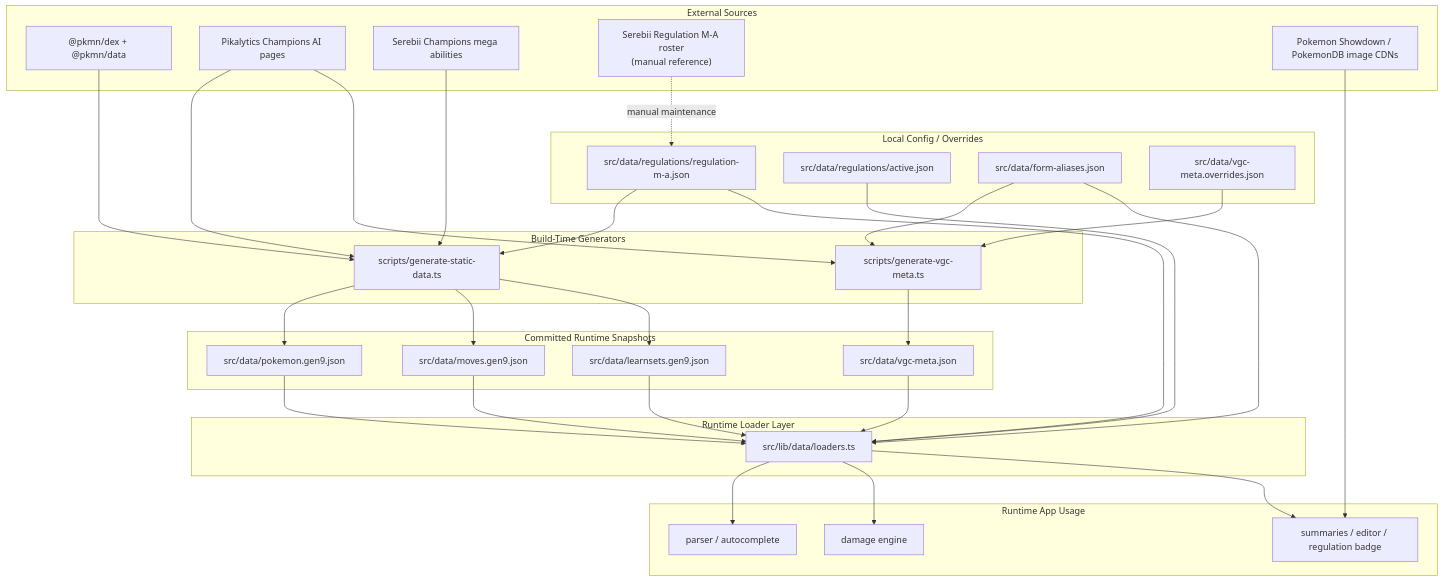
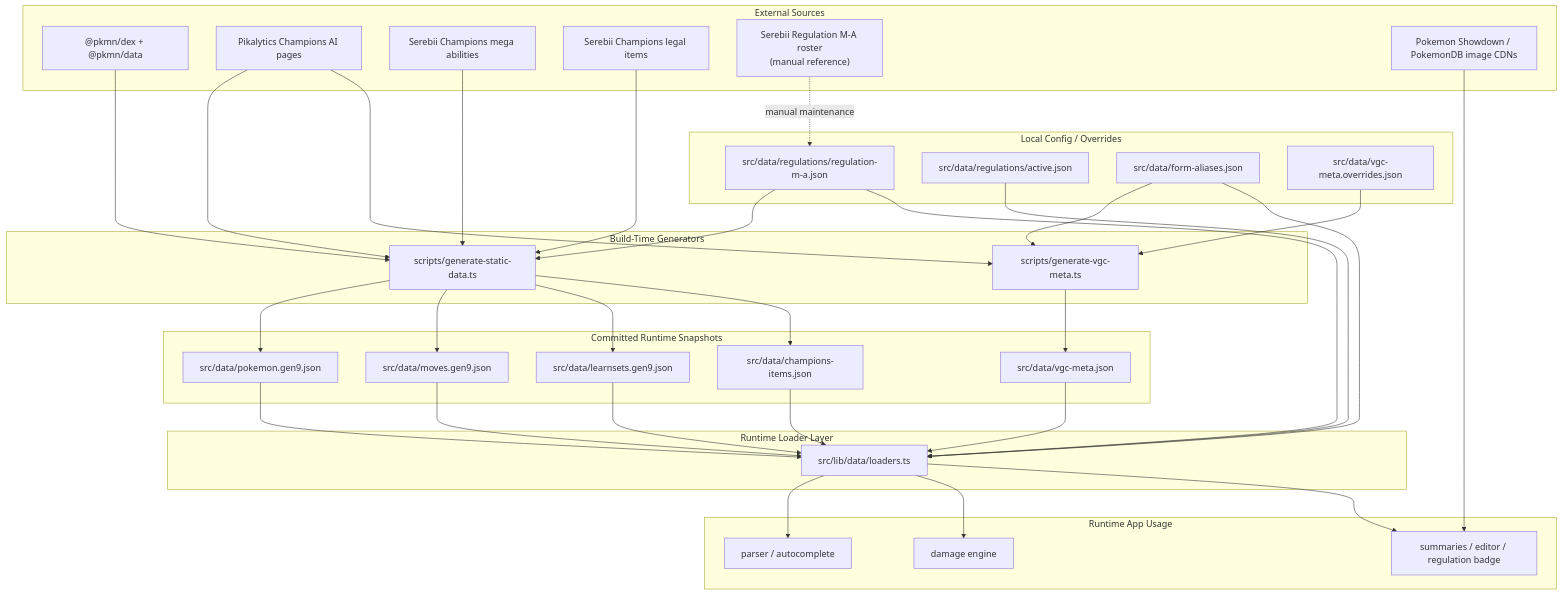
One commit to leandromesq/unburden changed the diagram in docs/data-sources.md. Above: the diagram before and after it, drawn with Mermaid. The commit also changed other lines of this file and 36 other files, not shown here.

````diff
--- a/docs/data-sources.md
+++ b/docs/data-sources.md
@@ -7,63 +7,68 @@
 ```mermaid
 flowchart TD
   subgraph External["External Sources"]
     PKMN["@pkmn/dex + @pkmn/data"]
     PIKA["Pikalytics Champions AI pages"]
     SEREBII_MEGA["Serebii Champions mega abilities"]
+    SEREBII_ITEMS["Serebii Champions legal items"]
     SEREBII_REG["Serebii Regulation M-A roster<br/>(manual reference)"]
     SPRITES["Pokemon Showdown / PokemonDB image CDNs"]
   end
 
   subgraph LocalConfig["Local Config / Overrides"]
     REG["src/data/regulations/regulation-m-a.json"]
     ACTIVE["src/data/regulations/active.json"]
     ALIASES["src/data/form-aliases.json"]
     META_OVR["src/data/vgc-meta.overrides.json"]
   end
 
   subgraph Generators["Build-Time Generators"]
     GEN_STATIC["scripts/generate-static-data.ts"]
     GEN_META["scripts/generate-vgc-meta.ts"]
   end
 
   subgraph Snapshots["Committed Runtime Snapshots"]
     POKEMON["src/data/pokemon.gen9.json"]
     MOVES["src/data/moves.gen9.json"]
     LEARNSETS["src/data/learnsets.gen9.json"]
+    ITEMS["src/data/champions-items.json"]
     META["src/data/vgc-meta.json"]
   end
 
   subgraph Runtime["Runtime Loader Layer"]
     LOADERS["src/lib/data/loaders.ts"]
   end
 
   subgraph App["Runtime App Usage"]
     PARSER["parser / autocomplete"]
     CALC["damage engine"]
     UI["summaries / editor / regulation badge"]
   end
 
   PKMN --> GEN_STATIC
   PIKA --> GEN_STATIC
   PIKA --> GEN_META
   SEREBII_MEGA --> GEN_STATIC
+  SEREBII_ITEMS --> GEN_STATIC
   REG --> GEN_STATIC
   REG --> LOADERS
   ACTIVE --> LOADERS
   ALIASES --> GEN_META
   ALIASES --> LOADERS
   META_OVR --> GEN_META
   POKEMON --> LOADERS
   MOVES --> LOADERS
   LEARNSETS --> LOADERS
+  ITEMS --> LOADERS
   META --> LOADERS
   GEN_STATIC --> POKEMON
   GEN_STATIC --> MOVES
   GEN_STATIC --> LEARNSETS
+  GEN_STATIC --> ITEMS
   GEN_META --> META
   LOADERS --> PARSER
   LOADERS --> CALC
   LOADERS --> UI
   SPRITES --> UI
   SEREBII_REG -. manual maintenance .-> REG
 ```
````
